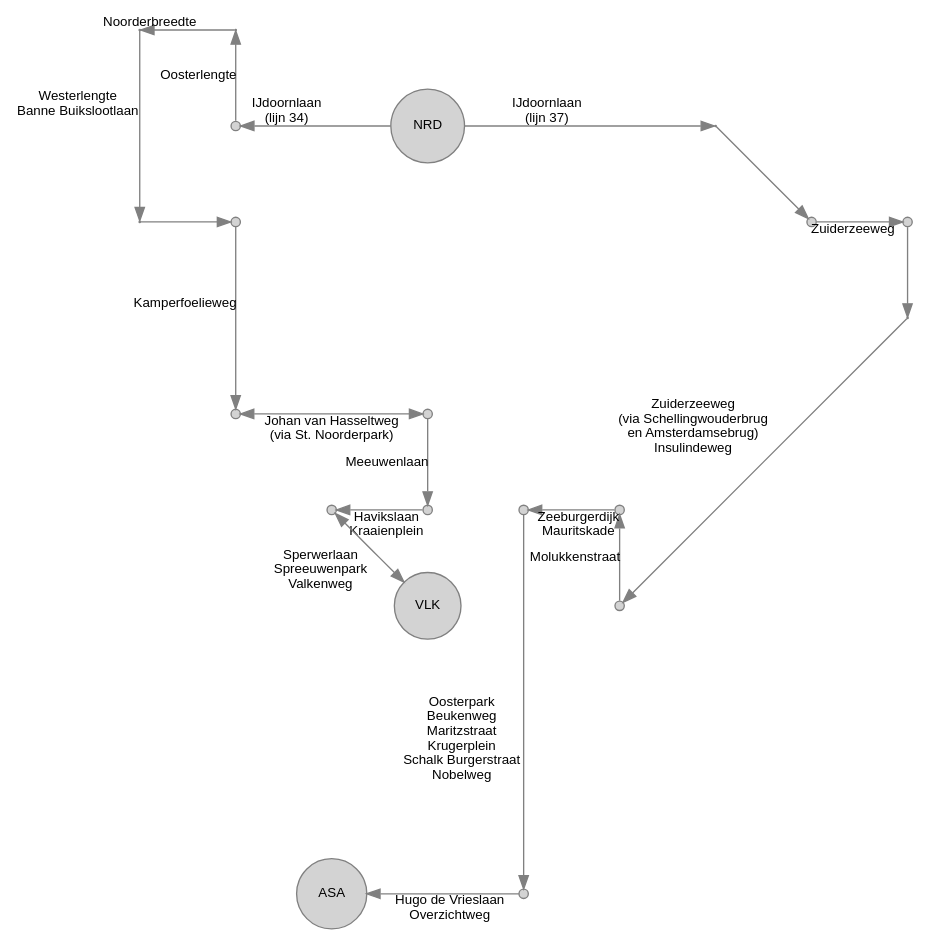
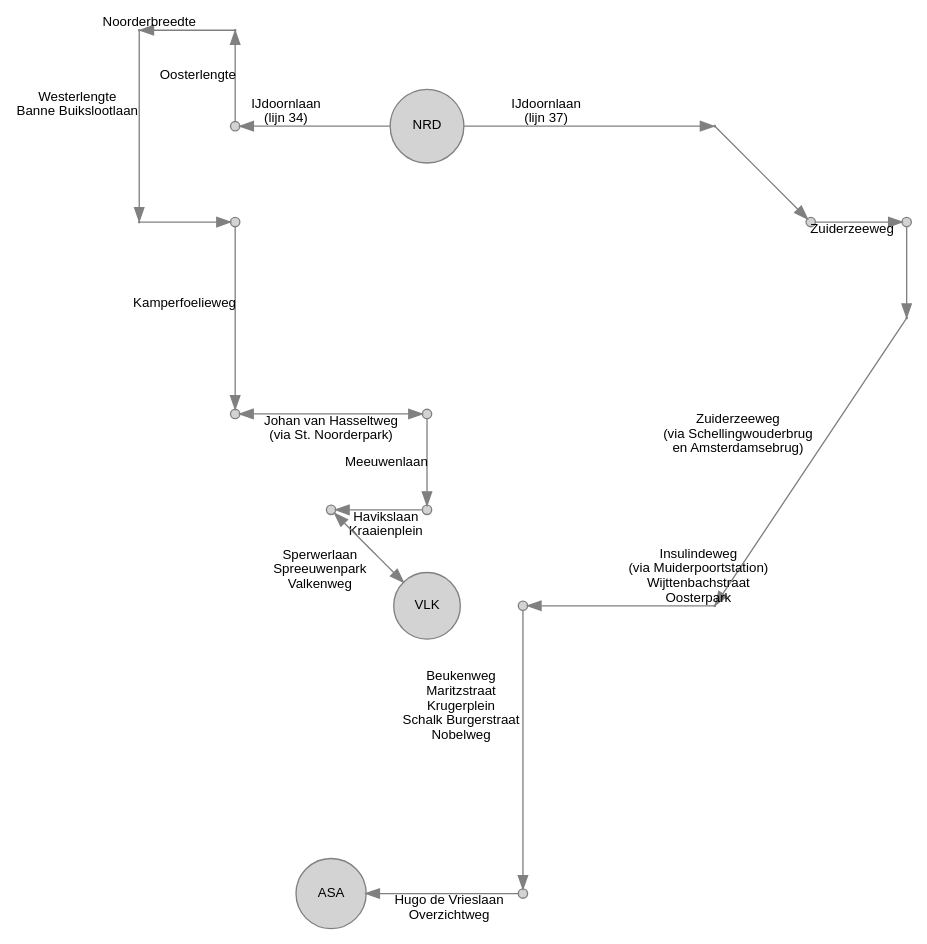
One commit to JacekPardyak/bus changed the diagram in gvb/NRD.gv. Above: the diagram before and after it, drawn with Graphviz. The commit also changed 52 other files, not shown here.

```diff
--- a/gvb/NRD.gv
+++ b/gvb/NRD.gv
@@ -1,72 +1,72 @@
 digraph G {
   layout = neato
   node [shape = circle, style = filled, fillcolor = lightgray, color=gray, height=0.1, label = "", fontsize = 10, fontname = "Arial"]
   edge [color=gray, fontsize = 10, fontname = "Arial"]
 
   3400 [pos = " 1, 0!", label = "NRD"]
   3401 [pos = "-1, 0!"]
   3402 [pos = "-1, 1!", height=0.01]
   3403 [pos = "-2, 1!", height=0.01]
   3404 [pos = "-2,-1!", height=0.01]
   3405 [pos = "-1,-1!"]
   3406 [pos = "-1,-3!"]
   3407 [pos = " 1,-3!"]
   3408 [pos = " 1,-4!"]
   3409 [pos = " 0,-4!"]
   3410 [pos = " 1,-5!", label = "VLK"]
 
 
   3701 [pos = " 4, 0!", height=0.01]
-  3702 [pos = " 5,-1!"]
-  3703 [pos = " 6,-1!"]
-  3704 [pos = " 6,-2!", height=0.01]
-  3705 [pos = " 3, -5!"]
-  3706 [pos = " 3, -4!"]
-  3709 [pos = " 2, -4!"]
+  3702 [pos = " 5, -1!"]
+  3703 [pos = " 6, -1!"]
+  3704 [pos = " 6, -2!", height=0.01]
+  3705 [pos = " 4, -5!", height=0.01]
+  3709 [pos = " 2, -5!"]
   3707 [pos = " 2, -8!"]
   3708 [pos = " 0, -8!", label = "ASA"]  
   
   3400 -> 3401 [label = "IJdoornlaan 
  (lijn 34)"]
   3401 -> 3402 [label = "Oosterlengte"]
   3402 -> 3403 [label = "Noorderbreedte"]
   3403 -> 3404 [label = "Westerlengte 
  Banne Buikslootlaan"]
   3404 -> 3405 [label = ""]
   3405 -> 3406 [label = "Kamperfoelieweg"]
   3406 -> 3407 [dir = "both", label = "Johan van Hasseltweg 
  (via St. Noorderpark)"]
   3407 -> 3408 [label = "Meeuwenlaan"]
   3408 -> 3409 [label = "Havikslaan 
  Kraaienplein"]
   3409 -> 3410 [dir = "both", label = "Sperwerlaan 
  Spreeuwenpark 
  Valkenweg"]
 
   3400 -> 3701 [label = "IJdoornlaan 
  (lijn 37)"]
 
   3701 -> 3702 [label = ""]
   3702 -> 3703 [label = "Zuiderzeeweg"]
   3703 -> 3704 [label = ""]
   
   3704 -> 3705 [label = "Zuiderzeeweg 
  (via Schellingwouderbrug 
  en Amsterdamsebrug) 
- Insulindeweg 
 "]
-  3705 -> 3706 [label = "Molukkenstraat"]
-  3706 -> 3709 [label = "Zeeburgerdijk
-Mauritskade"]
+
+  3705 -> 3709 [label = "Insulindeweg 
+ (via Muiderpoortstation)
+ Wijttenbachstraat 
+ Oosterpark "]
   
-  3709 -> 3707 [label = "Oosterpark
+  3709 -> 3707 [label = "
 Beukenweg 
  Maritzstraat 
  Krugerplein 
  Schalk Burgerstraat 
  Nobelweg"]
   3707 -> 3708 [label = "Hugo de Vrieslaan 
  Overzichtweg"]
 
 
 }
```
